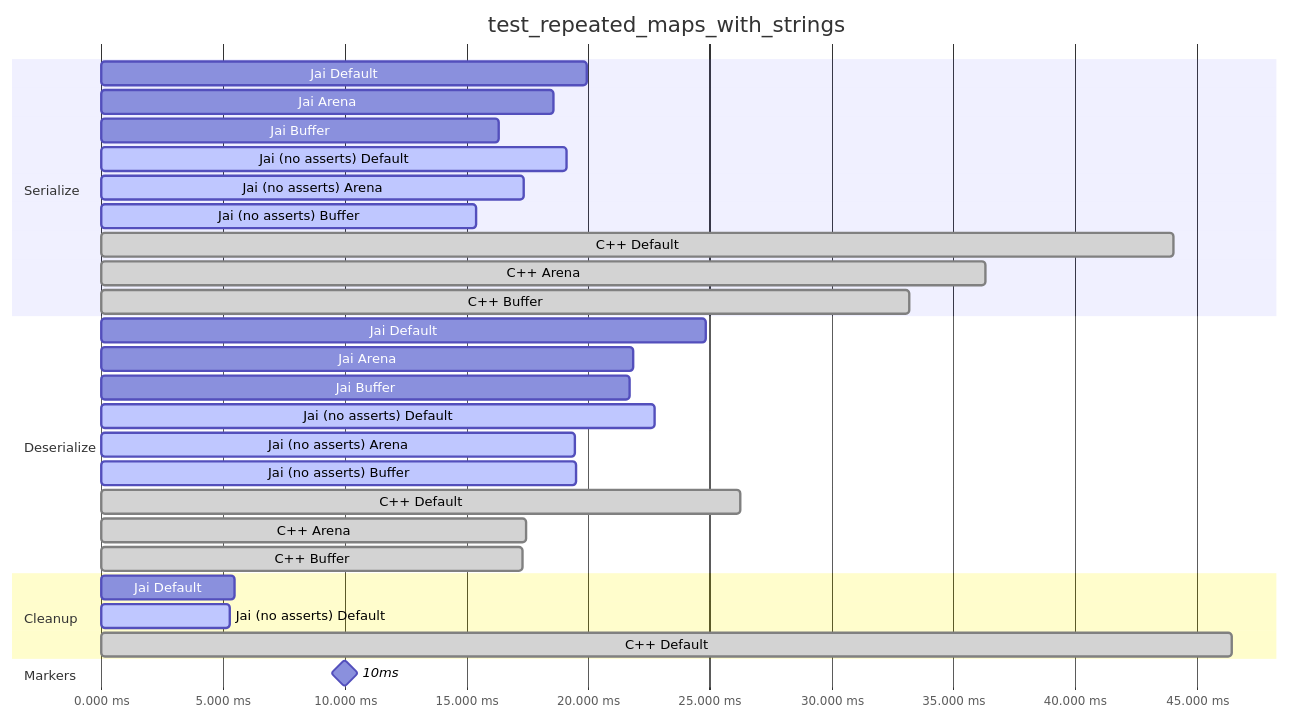
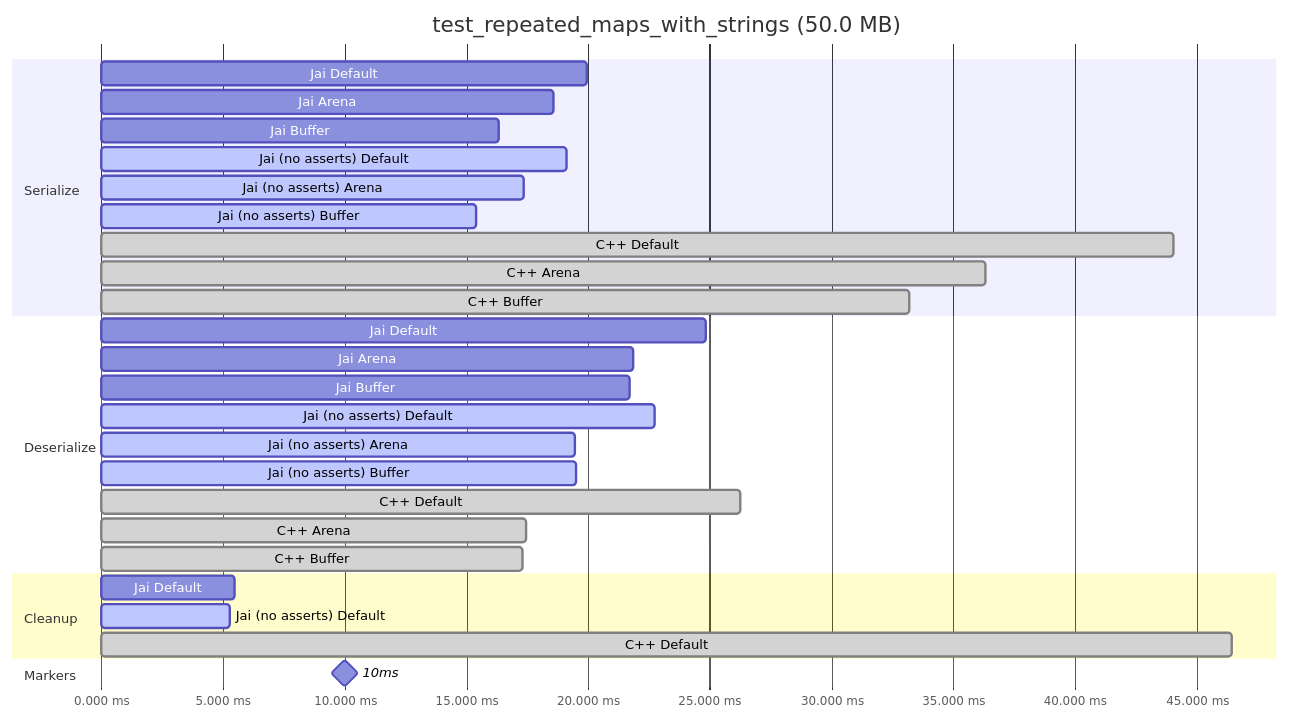
Before and after one commit to segcore/jai-protobuf-timings: the sixth of 7 diagrams in README.md, drawn with Mermaid. The commit also changed other lines of this file and 1 other file, not shown here.

````diff
--- a/README.md
+++ b/README.md
@@ -181,32 +181,32 @@
 ```mermaid
 gantt
-    title test_repeated_maps_with_strings
+    title test_repeated_maps_with_strings (50.0 MB)
     dateFormat x
     axisFormat %s.%L ms
     section Serialize
         Jai Default : 0, 19.927433s
         Jai Arena : 0, 18.555288s
         Jai Buffer : 0, 16.337406s
         Jai (no asserts) Default :active, 0, 19.123632s
         Jai (no asserts) Arena :active, 0, 17.345777s
         Jai (no asserts) Buffer :active, 0, 15.398454s
         C++ Default :done, 0, 44.059321s
         C++ Arena :done, 0, 36.320501s
         C++ Buffer :done, 0, 33.193725s
     section Deserialize
         Jai Default : 0, 24.836416s
         Jai Arena : 0, 21.870133s
         Jai Buffer : 0, 21.701608s
         Jai (no asserts) Default :active, 0, 22.717685s
         Jai (no asserts) Arena :active, 0, 19.469457s
         Jai (no asserts) Buffer :active, 0, 19.491777s
         C++ Default :done, 0, 26.229072s
         C++ Arena :done, 0, 17.436432s
         C++ Buffer :done, 0, 17.309293s
     section Cleanup
         Jai Default : 0, 5.462001s
         Jai (no asserts) Default :active, 0, 5.271969s
         C++ Default :done, 0, 46.440122s
     section Markers
         10ms : milestone, m1, 0, 20s
 ```
````
